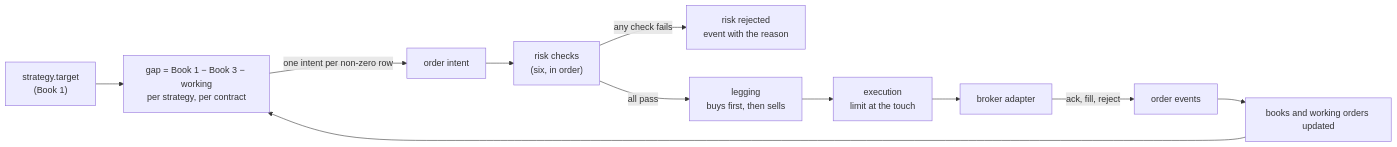
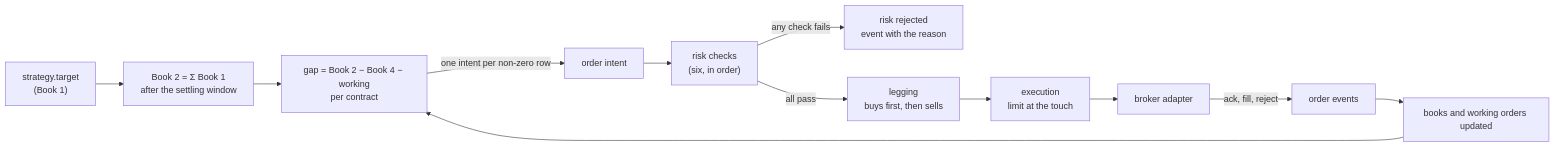
One commit to lalitkarthik/delta-exchange-payoff changed the first of 2 diagrams in docs/design/execution/oms.md. Above: the diagram before and after it, drawn with Mermaid. The commit also changed other lines of this file and 10 other files, not shown here.

First line of the commit message:
The execution half revised after review: pooled diffing, working orders in the engine, Book 3's tag problem

````diff
--- a/docs/design/execution/oms.md
+++ b/docs/design/execution/oms.md
@@ -29,13 +29,14 @@
 ```mermaid
 flowchart LR
-  T["strategy.target<br/>(Book 1)"] --> G["gap = Book 1 − Book 3 − working<br/>per strategy, per contract"]
+  T["strategy.target<br/>(Book 1)"] --> P["Book 2 = Σ Book 1<br/>after the settling window"]
+  P --> G["gap = Book 2 − Book 4 − working<br/>per contract"]
   G -->|"one intent per non-zero row"| I["order intent"]
   I --> R["risk checks<br/>(six, in order)"]
   R -->|"any check fails"| RJ["risk rejected<br/>event with the reason"]
   R -->|"all pass"| L["legging<br/>buys first, then sells"]
   L --> X["execution<br/>limit at the touch"]
   X --> BA["broker adapter"]
   BA -->|"ack, fill, reject"| E["order events"]
   E --> B["books and working orders updated"]
   B --> G
 ```
````
